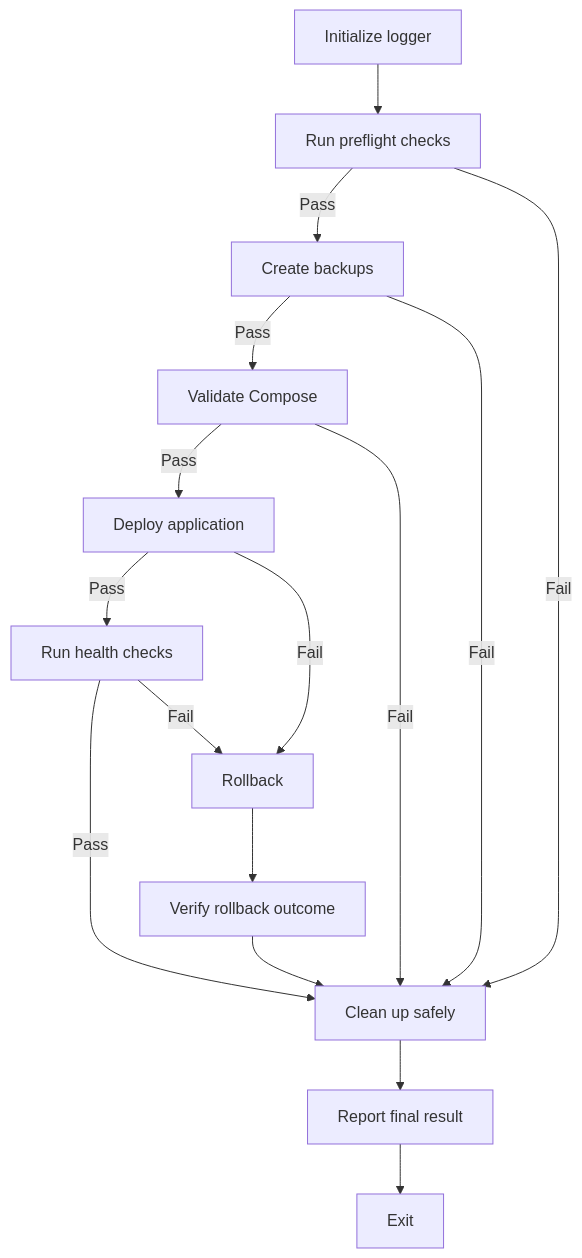
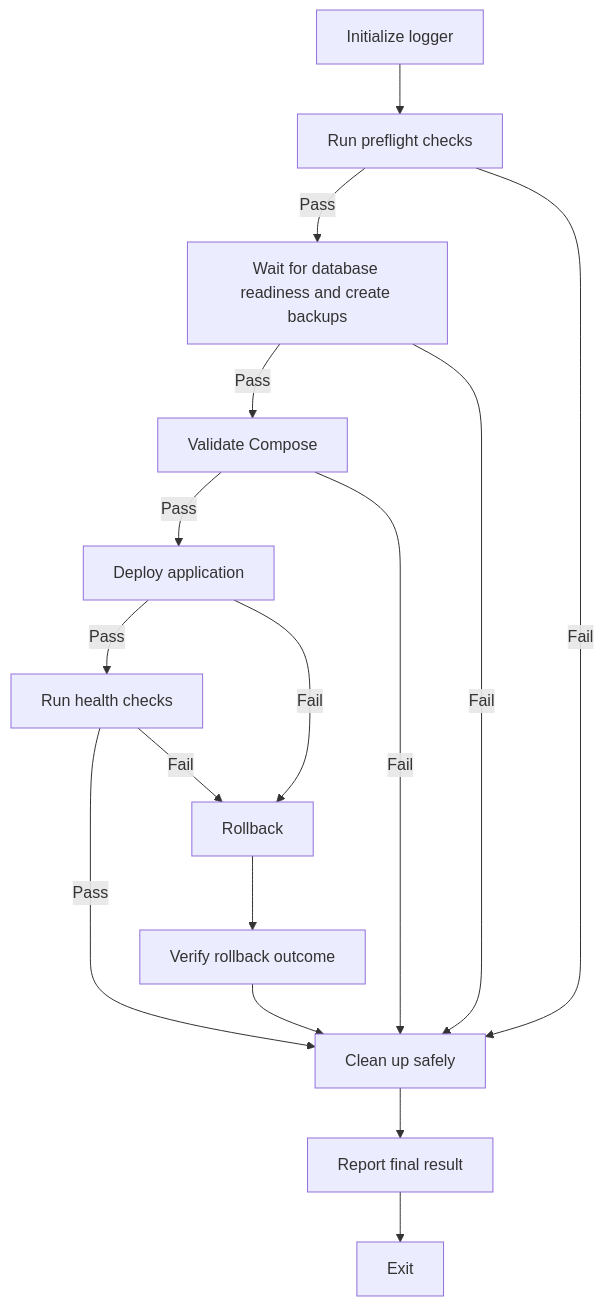
One commit to awenmirasol234/opencode changed the diagram in skills/docker-deployment-automation/SKILL.md. Above: the diagram before and after it, drawn with Mermaid. The commit also changed other lines of this file and 2 other files, not shown here.

Commit message:
docs: require database readiness before backups

````diff
--- a/skills/docker-deployment-automation/SKILL.md
+++ b/skills/docker-deployment-automation/SKILL.md
@@ -54,25 +54,25 @@
 ```mermaid
 flowchart TD
     A[Initialize logger] --> B[Run preflight checks]
 
-    B -->|Pass| C[Create backups]
+    B -->|Pass| C[Wait for database readiness and create backups]
     B -->|Fail| K[Clean up safely]
 
     C -->|Pass| D[Validate Compose]
     C -->|Fail| K
 
     D -->|Pass| E[Deploy application]
     D -->|Fail| K
 
     E -->|Pass| F[Run health checks]
     E -->|Fail| H[Rollback]
 
     F -->|Pass| K
     F -->|Fail| H
 
     H --> I[Verify rollback outcome]
     I --> K
 
     K --> L[Report final result]
     L --> M[Exit]
 ```
````
